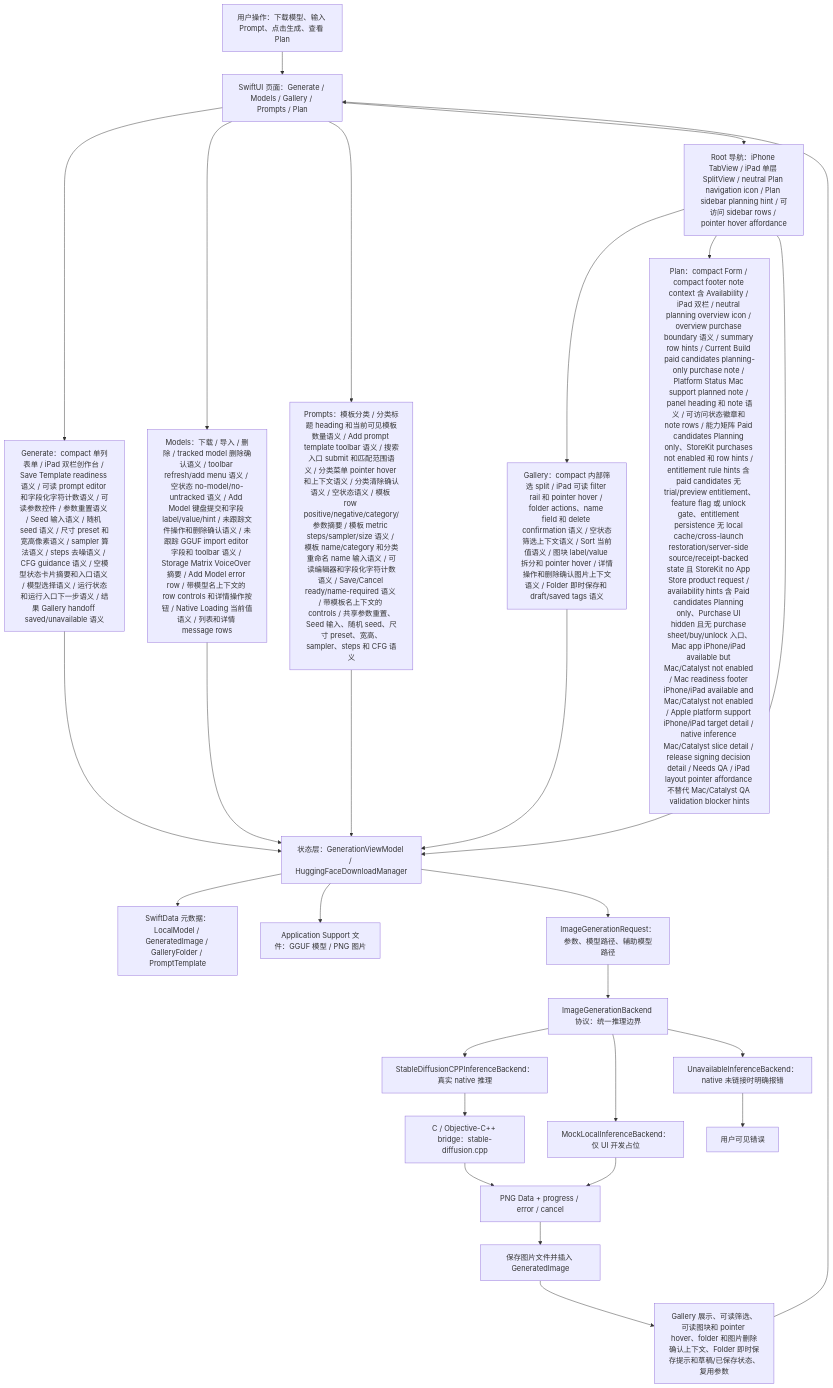
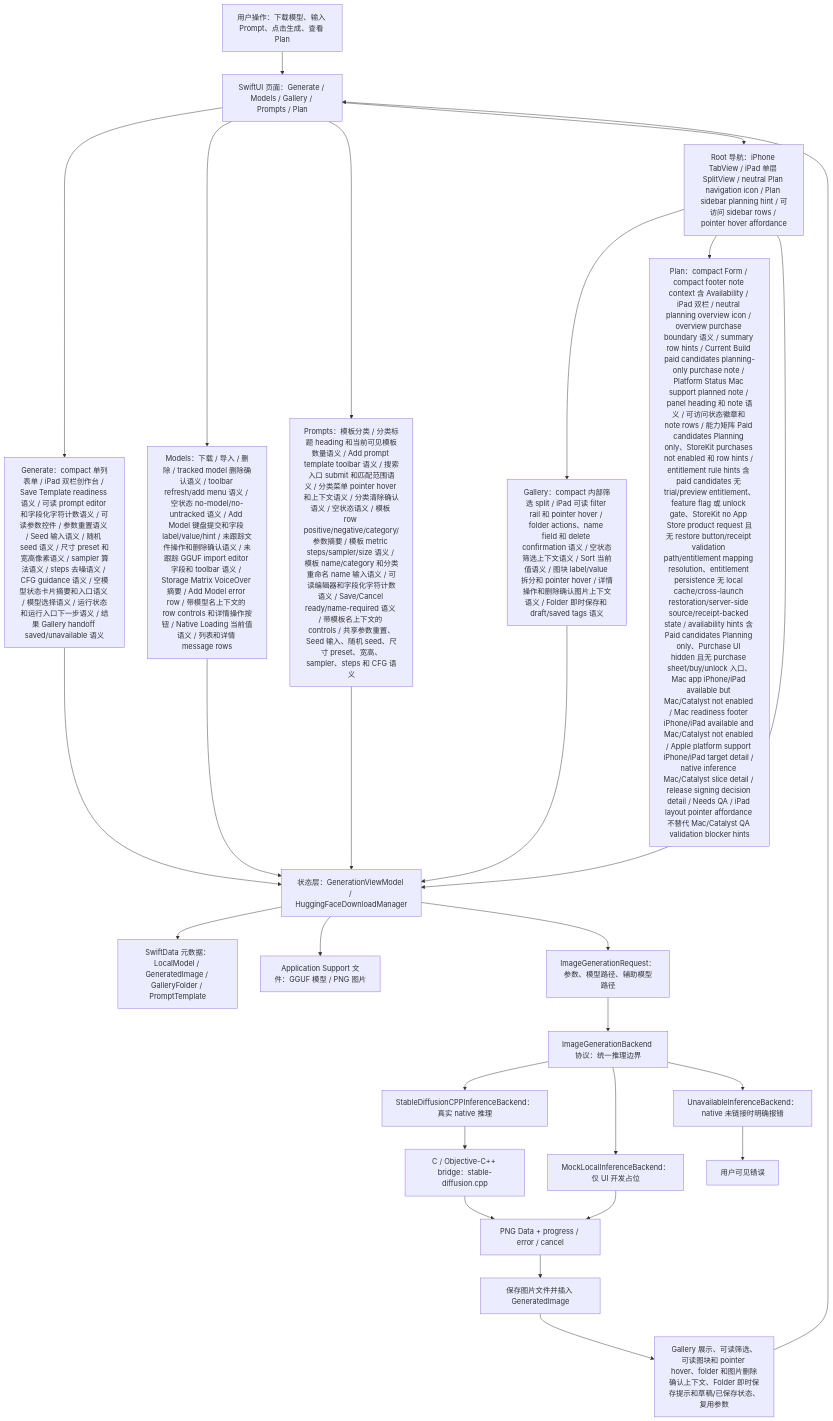
The first of 7 diagrams in md/flow/flowchart.md (Altman-sam114/118), drawn with Mermaid before and after one commit. The commit also changed 5 other files, not shown here.

First line of the commit message:
v1.114: Plan StoreKit gate boundary

````diff
--- a/md/flow/flowchart.md
+++ b/md/flow/flowchart.md
@@ -9,29 +9,29 @@
 ```mermaid
 flowchart TD
   U["用户操作：下载模型、输入 Prompt、点击生成、查看 Plan"] --> UI["SwiftUI 页面：Generate / Models / Gallery / Prompts / Plan"]
   UI --> GENUI["Generate：compact 单列表单 / iPad 双栏创作台 / Save Template readiness 语义 / 可读 prompt editor 和字段化字符计数语义 / 可读参数控件 / 参数重置语义 / Seed 输入语义 / 随机 seed 语义 / 尺寸 preset 和宽高像素语义 / sampler 算法语义 / steps 去噪语义 / CFG guidance 语义 / 空模型状态卡片摘要和入口语义 / 模型选择语义 / 运行状态和运行入口下一步语义 / 结果 Gallery handoff saved/unavailable 语义"]
   UI --> MODELUI["Models：下载 / 导入 / 删除 / tracked model 删除确认语义 / toolbar refresh/add menu 语义 / 空状态 no-model/no-untracked 语义 / Add Model 键盘提交和字段 label/value/hint / 未跟踪文件操作和删除确认语义 / 未跟踪 GGUF import editor 字段和 toolbar 语义 / Storage Matrix VoiceOver 摘要 / Add Model error row / 带模型名上下文的 row controls 和详情操作按钮 / Native Loading 当前值语义 / 列表和详情 message rows"]
   UI --> PROMPTUI["Prompts：模板分类 / 分类标题 heading 和当前可见模板数量语义 / Add prompt template toolbar 语义 / 搜索入口 submit 和匹配范围语义 / 分类菜单 pointer hover 和上下文语义 / 分类清除确认语义 / 空状态语义 / 模板 row positive/negative/category/参数摘要 / 模板 metric steps/sampler/size 语义 / 模板 name/category 和分类重命名 name 输入语义 / 可读编辑器和字段化字符计数语义 / Save/Cancel ready/name-required 语义 / 带模板名上下文的 controls / 共享参数重置、Seed 输入、随机 seed、尺寸 preset、宽高、sampler、steps 和 CFG 语义"]
   UI --> NAV["Root 导航：iPhone TabView / iPad 单层 SplitView / neutral Plan navigation icon / Plan sidebar planning hint / 可访问 sidebar rows / pointer hover affordance"]
   NAV --> GALUI["Gallery：compact 内部筛选 split / iPad 可读 filter rail 和 pointer hover / folder actions、name field 和 delete confirmation 语义 / 空状态筛选上下文语义 / Sort 当前值语义 / 图块 label/value 拆分和 pointer hover / 详情操作和删除确认图片上下文语义 / Folder 即时保存和 draft/saved tags 语义"]
-  NAV --> PLANUI["Plan：compact Form / compact footer note context 含 Availability / iPad 双栏 / neutral planning overview icon / overview purchase boundary 语义 / summary row hints / Current Build paid candidates planning-only purchase note / Platform Status Mac support planned note / panel heading 和 note 语义 / 可访问状态徽章和 note rows / 能力矩阵 Paid candidates Planning only、StoreKit purchases not enabled 和 row hints / entitlement rule hints 含 paid candidates 无 trial/preview entitlement、feature flag 或 unlock gate、entitlement persistence 无 local cache/cross-launch restoration/server-side source/receipt-backed state 且 StoreKit no App Store product request / availability hints 含 Paid candidates Planning only、Purchase UI hidden 且无 purchase sheet/buy/unlock 入口、Mac app iPhone/iPad available but Mac/Catalyst not enabled / Mac readiness footer iPhone/iPad available and Mac/Catalyst not enabled / Apple platform support iPhone/iPad target detail / native inference Mac/Catalyst slice detail / release signing decision detail / Needs QA / iPad layout pointer affordance 不替代 Mac/Catalyst QA validation blocker hints"]
+  NAV --> PLANUI["Plan：compact Form / compact footer note context 含 Availability / iPad 双栏 / neutral planning overview icon / overview purchase boundary 语义 / summary row hints / Current Build paid candidates planning-only purchase note / Platform Status Mac support planned note / panel heading 和 note 语义 / 可访问状态徽章和 note rows / 能力矩阵 Paid candidates Planning only、StoreKit purchases not enabled 和 row hints / entitlement rule hints 含 paid candidates 无 trial/preview entitlement、feature flag 或 unlock gate、StoreKit no App Store product request 且无 restore button/receipt validation path/entitlement mapping resolution、entitlement persistence 无 local cache/cross-launch restoration/server-side source/receipt-backed state / availability hints 含 Paid candidates Planning only、Purchase UI hidden 且无 purchase sheet/buy/unlock 入口、Mac app iPhone/iPad available but Mac/Catalyst not enabled / Mac readiness footer iPhone/iPad available and Mac/Catalyst not enabled / Apple platform support iPhone/iPad target detail / native inference Mac/Catalyst slice detail / release signing decision detail / Needs QA / iPad layout pointer affordance 不替代 Mac/Catalyst QA validation blocker hints"]
   NAV --> VM["状态层：GenerationViewModel / HuggingFaceDownloadManager"]
   GENUI --> VM
   MODELUI --> VM
   PROMPTUI --> VM
   GALUI --> VM
   VM --> SD["SwiftData 元数据：LocalModel / GeneratedImage / GalleryFolder / PromptTemplate"]
   VM --> FS["Application Support 文件：GGUF 模型 / PNG 图片"]
   VM --> REQ["ImageGenerationRequest：参数、模型路径、辅助模型路径"]
   REQ --> IFACE["ImageGenerationBackend 协议：统一推理边界"]
   IFACE --> NATIVE["StableDiffusionCPPInferenceBackend：真实 native 推理"]
   IFACE --> MOCK["MockLocalInferenceBackend：仅 UI 开发占位"]
   IFACE --> OFF["UnavailableInferenceBackend：native 未链接时明确报错"]
   NATIVE --> BRIDGE["C / Objective-C++ bridge：stable-diffusion.cpp"]
   BRIDGE --> PNG["PNG Data + progress / error / cancel"]
   MOCK --> PNG
   OFF --> ERR["用户可见错误"]
   PNG --> SAVE["保存图片文件并插入 GeneratedImage"]
   SAVE --> GALLERY["Gallery 展示、可读筛选、可读图块和 pointer hover、folder 和图片删除确认上下文、Folder 即时保存提示和草稿/已保存状态、复用参数"]
   GALLERY --> UI
 ```
````
